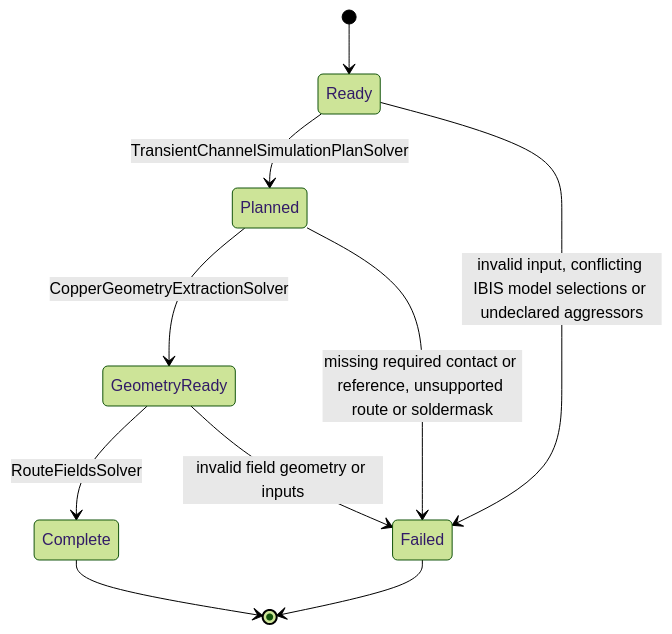
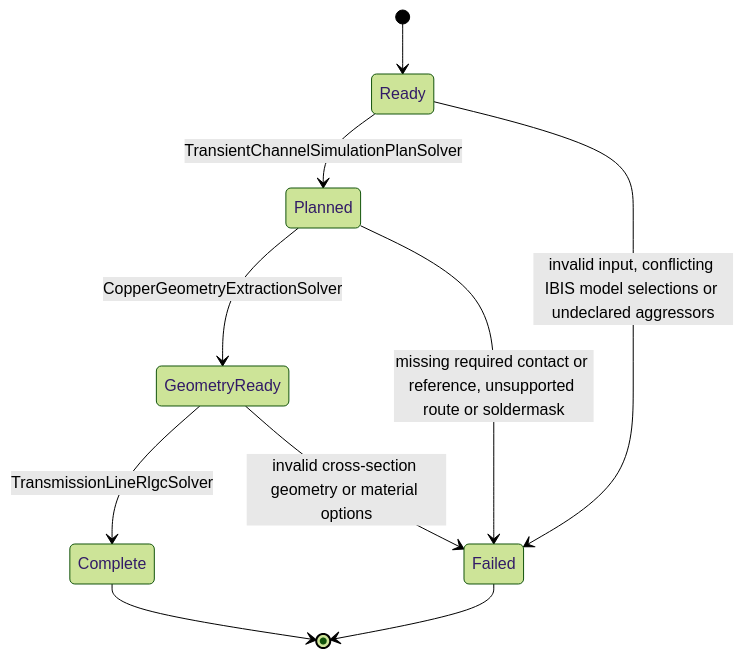
Before and after one commit to draarivpatel-ui/signal-integrity-pipeline: the second of 4 diagrams in docs/ARCHITECTURE.md, drawn with Mermaid (forest theme). The commit also changed other lines of this file and 30 other files, not shown here.

Commit message:
refactor: name TransmissionLineRlgcSolver and move it into rlgc

````diff
--- a/docs/ARCHITECTURE.md
+++ b/docs/ARCHITECTURE.md
@@ -32,12 +32,12 @@
 ```mermaid
 stateDiagram-v2
   [*] --> Ready
   Ready --> Planned: TransientChannelSimulationPlanSolver
   Planned --> GeometryReady: CopperGeometryExtractionSolver
-  GeometryReady --> Complete: RouteFieldsSolver
-  GeometryReady --> Failed: invalid field geometry or inputs
+  GeometryReady --> Complete: TransmissionLineRlgcSolver
+  GeometryReady --> Failed: invalid cross-section geometry or material options
   Planned --> Failed: missing required contact or reference, unsupported route or soldermask
   Ready --> Failed: invalid input, conflicting IBIS model selections or undeclared aggressors
   Complete --> [*]
   Failed --> [*]
 ```
````
